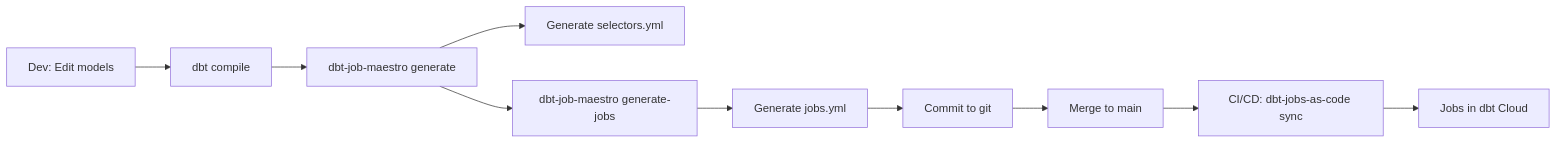
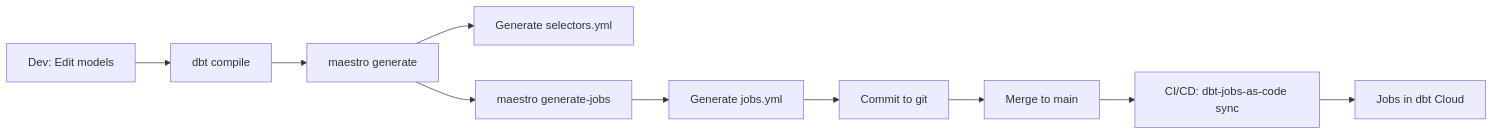
The diagram in DEPLOYMENT.md (joaoferraz14/dbt-job-maestro), drawn with Mermaid before and after one commit. The commit also changed other lines of this file and 16 other files, not shown here.

````diff
--- a/DEPLOYMENT.md
+++ b/DEPLOYMENT.md
@@ -15,12 +15,12 @@
 ```mermaid
 graph LR
     A[Dev: Edit models] --> B[dbt compile]
-    B --> C[dbt-job-maestro generate]
+    B --> C[maestro generate]
     C --> D[Generate selectors.yml]
-    C --> E[dbt-job-maestro generate-jobs]
+    C --> E[maestro generate-jobs]
     E --> F[Generate jobs.yml]
     F --> G[Commit to git]
     G --> H[Merge to main]
     H --> I[CI/CD: dbt-jobs-as-code sync]
     I --> J[Jobs in dbt Cloud]
 ```
````
